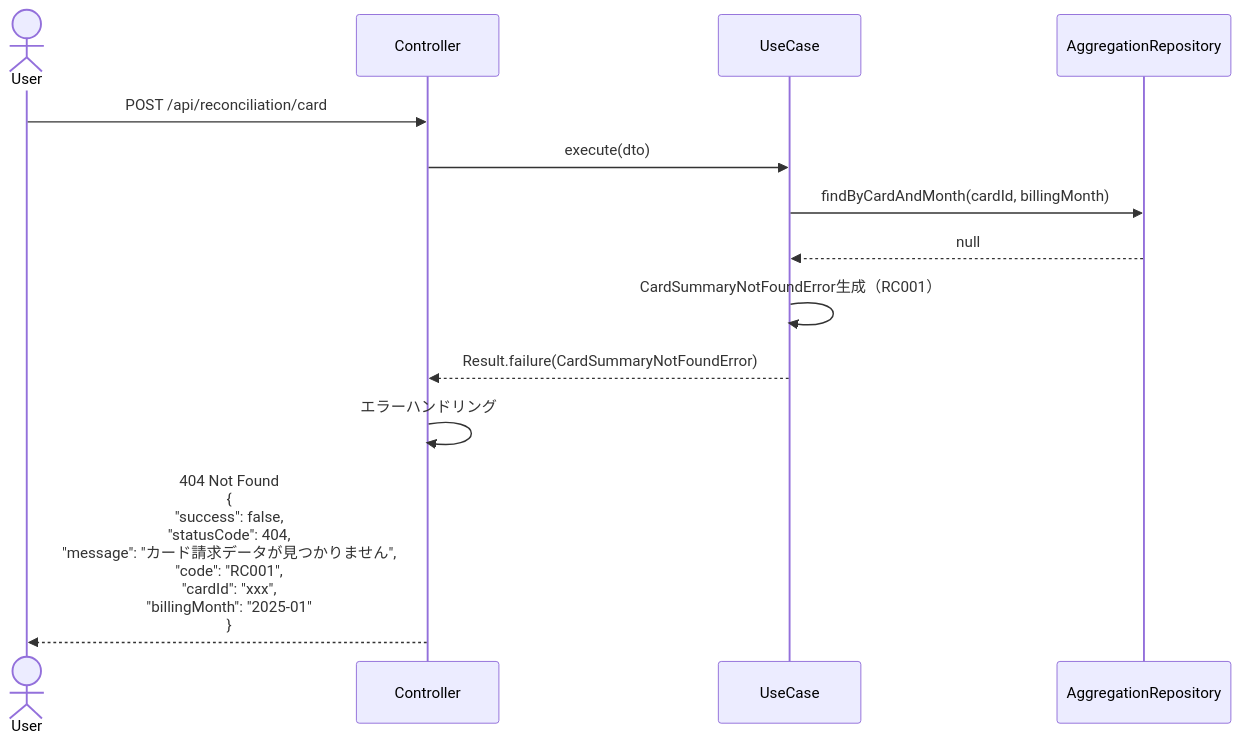
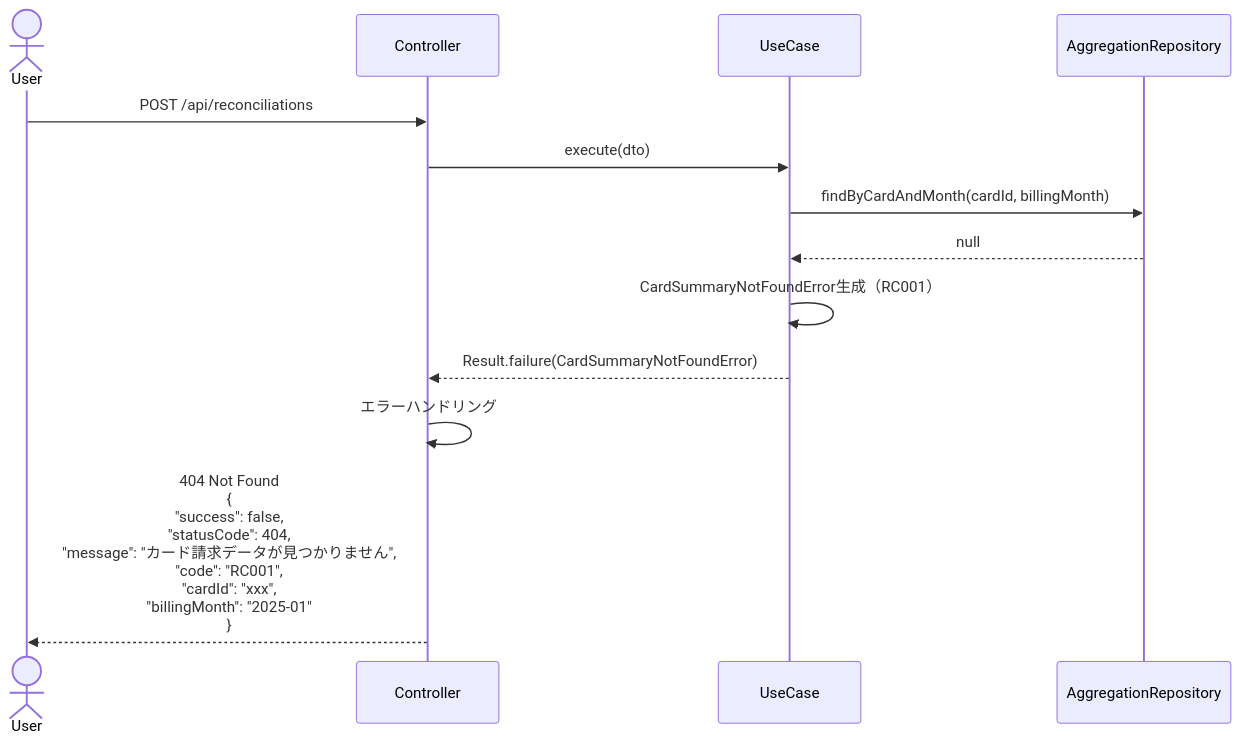
The fifth of 10 diagrams in docs/detailed-design/FR-013_bank-withdrawal-reconciliation/sequence-diagrams.md (kencom2400/account-book), drawn with Mermaid before and after one commit. The commit also changed other lines of this file and 4 other files, not shown here.

````diff
--- a/docs/detailed-design/FR-013_bank-withdrawal-reconciliation/sequence-diagrams.md
+++ b/docs/detailed-design/FR-013_bank-withdrawal-reconciliation/sequence-diagrams.md
@@ -259,18 +256,18 @@
 ```mermaid
 sequenceDiagram
     actor User
     participant API as Controller
     participant UC as UseCase
     participant AR as AggregationRepository
 
-    User->>API: POST /api/reconciliation/card
+    User->>API: POST /api/reconciliations
     API->>UC: execute(dto)
     UC->>AR: findByCardAndMonth(cardId, billingMonth)
     AR-->>UC: null
 
     UC->>UC: CardSummaryNotFoundError生成（RC001）
     UC-->>API: Result.failure(CardSummaryNotFoundError)
 
     API->>API: エラーハンドリング
     API-->>User: 404 Not Found<br/>{<br/>  "success": false,<br/>  "statusCode": 404,<br/>  "message": "カード請求データが見つかりません",<br/>  "code": "RC001",<br/>  "cardId": "xxx",<br/>  "billingMonth": "2025-01"<br/>}
 ```
````
